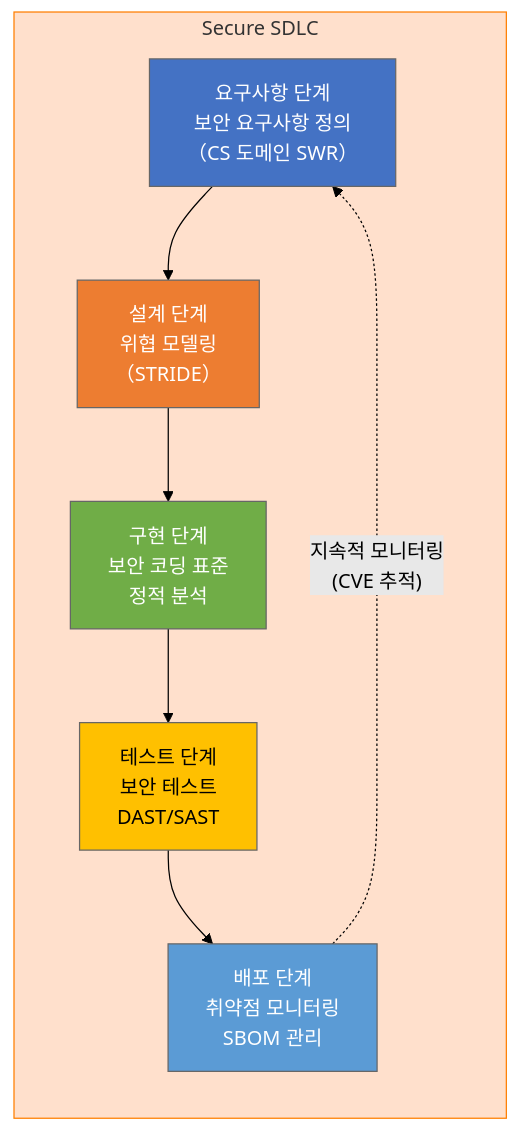
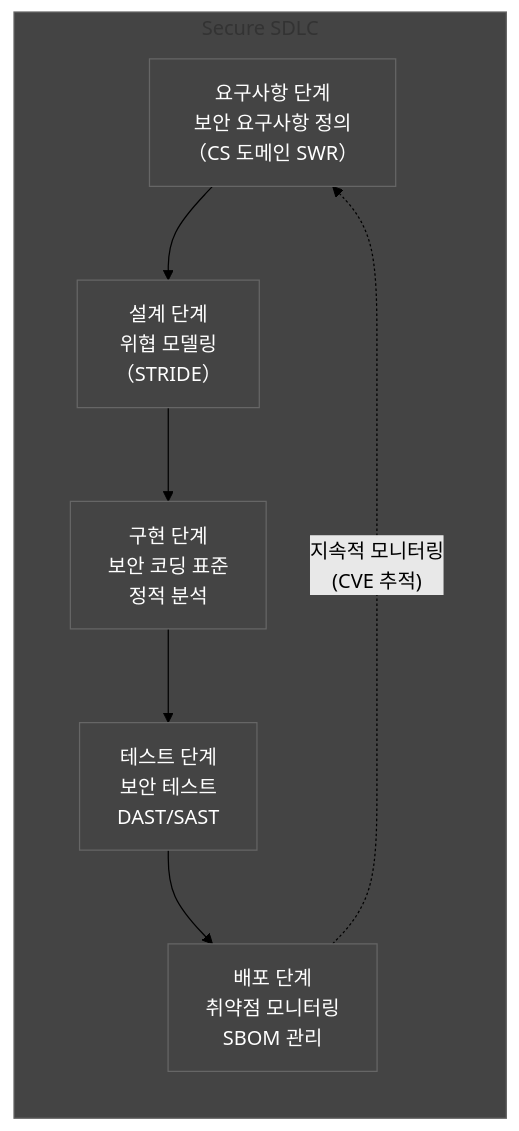
One commit to holee9/console-gui changed diagram 11 of 13 in docs/management/DOC-003_SW_Development_Guideline_v1.0.md. Above: the diagram before and after it, drawn with Mermaid (forest theme). The commit also changed other lines of this file and 35 other files, not shown here.

First line of the commit message:
fix: 전체 Mermaid 차트 색상 진한 회색 통일

````diff
--- a/docs/management/DOC-003_SW_Development_Guideline_v1.0.md
+++ b/docs/management/DOC-003_SW_Development_Guideline_v1.0.md
@@ -1019,21 +1019,21 @@
 ```mermaid
 flowchart LR
     classDef default fill:#444,stroke:#666,color:#fff
     subgraph SSDLC["Secure SDLC"]
         P1["요구사항 단계<br/>보안 요구사항 정의<br/>（CS 도메인 SWR）"]
         P2["설계 단계<br/>위협 모델링<br/>（STRIDE）"]
         P3["구현 단계<br/>보안 코딩 표준<br/>정적 분석"]
         P4["테스트 단계<br/>보안 테스트<br/>DAST/SAST"]
         P5["배포 단계<br/>취약점 모니터링<br/>SBOM 관리"]
     end
 
     P1 --> P2 --> P3 --> P4 --> P5
     P5 -.->|"지속적 모니터링<br/>(CVE 추적)"| P1
 
-    style SSDLC fill:#FFE0CC,stroke:#FF7F00
-    style P1 fill:#4472C4,color:#fff
-    style P2 fill:#ED7D31,color:#fff
-    style P3 fill:#70AD47,color:#fff
-    style P4 fill:#FFC000,color:#000
-    style P5 fill:#5B9BD5,color:#fff
+    style SSDLC fill:#444,stroke:#666
+    style P1 fill:#444,color:#fff
+    style P2 fill:#444,color:#fff
+    style P3 fill:#444,color:#fff
+    style P4 fill:#444,color:#fff
+    style P5 fill:#444,color:#fff
 ```
````
